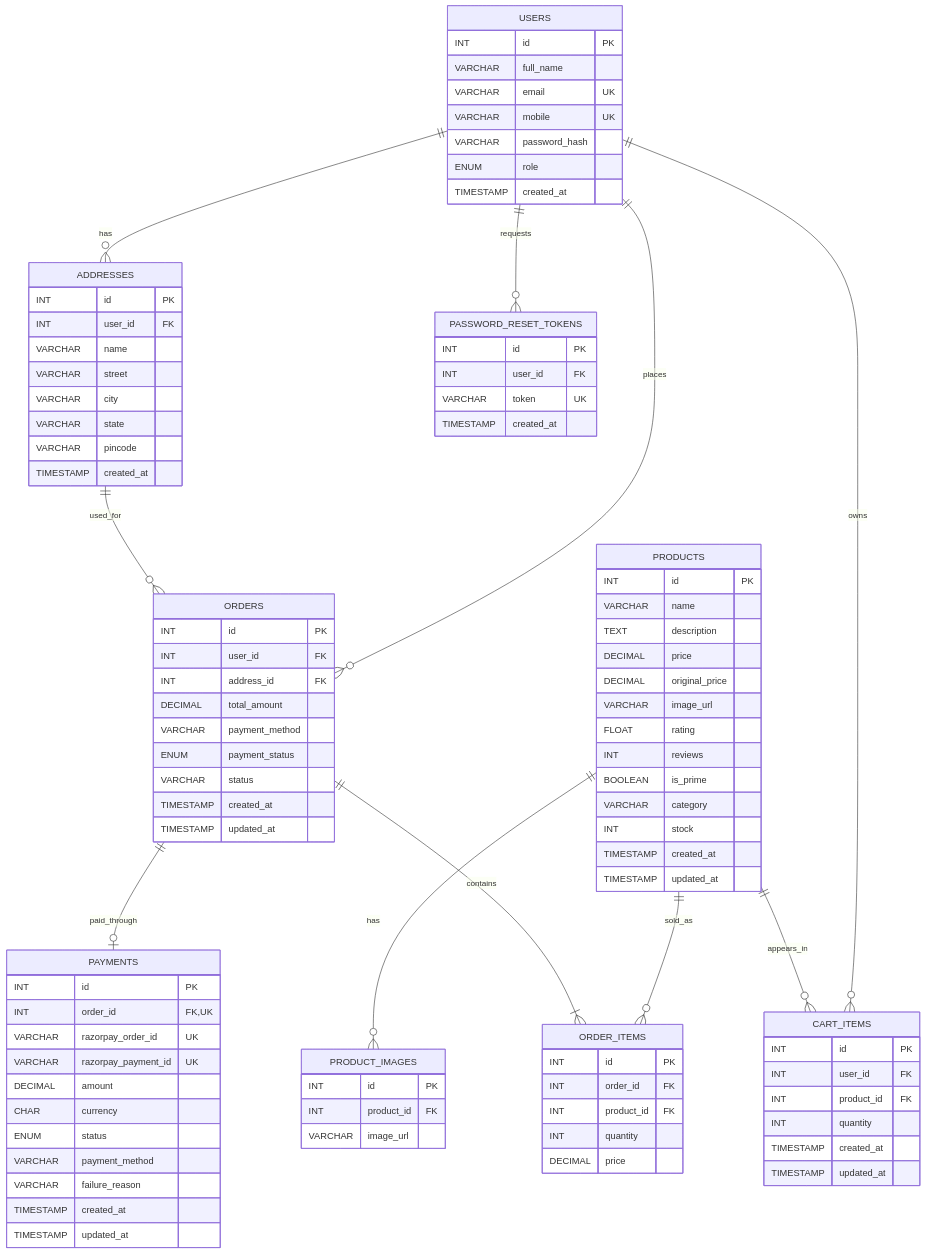
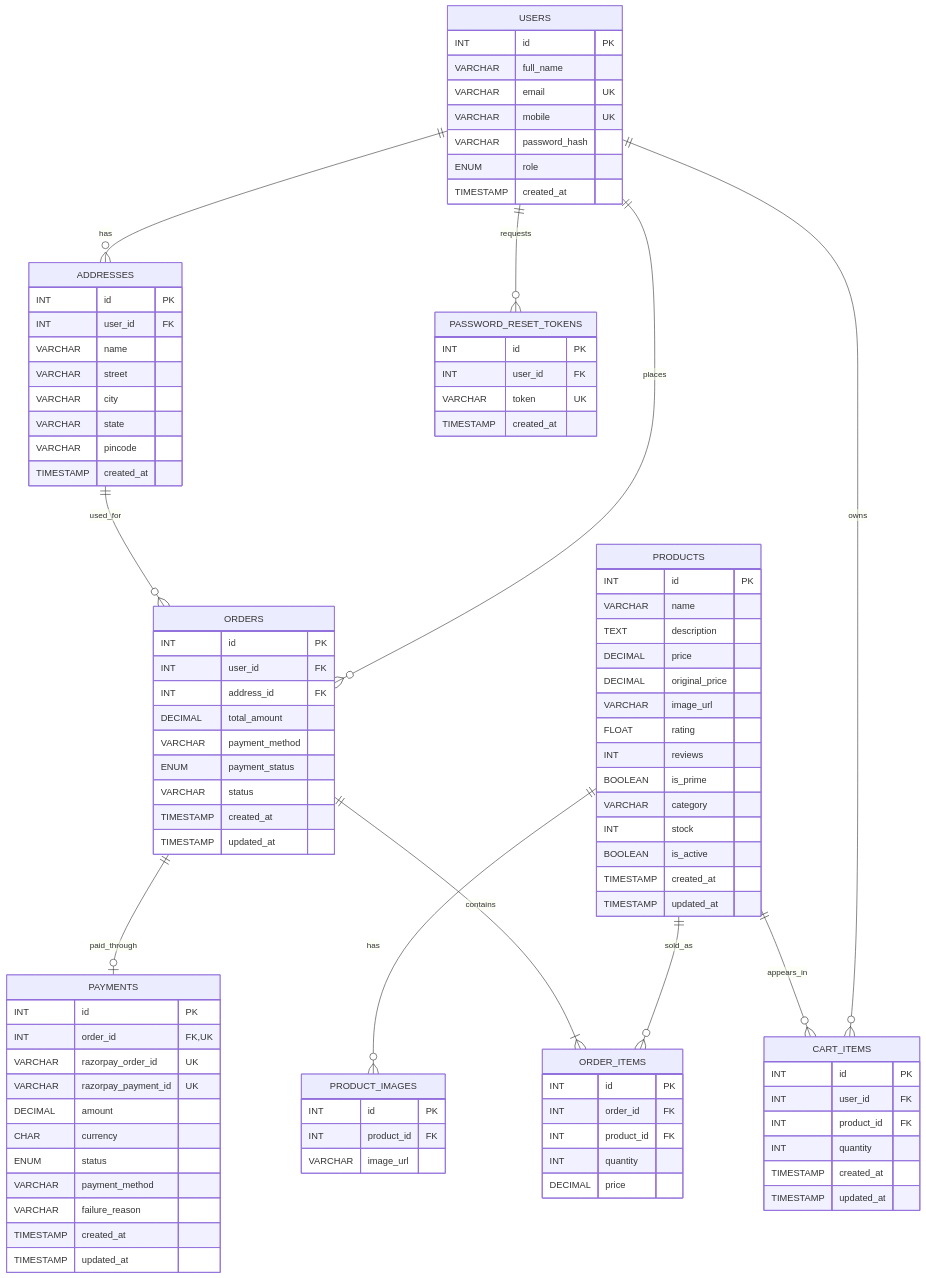
Before and after one commit to Debashish2005/Shopzi: the diagram in docs/er-diagram.md, drawn with Mermaid. The commit also changed other lines of this file and 8 other files, not shown here.

```diff
--- a/docs/er-diagram.md
+++ b/docs/er-diagram.md
@@ -46,6 +46,7 @@
         BOOLEAN is_prime
         VARCHAR category
         INT stock
+        BOOLEAN is_active
         TIMESTAMP created_at
         TIMESTAMP updated_at
     }
```
